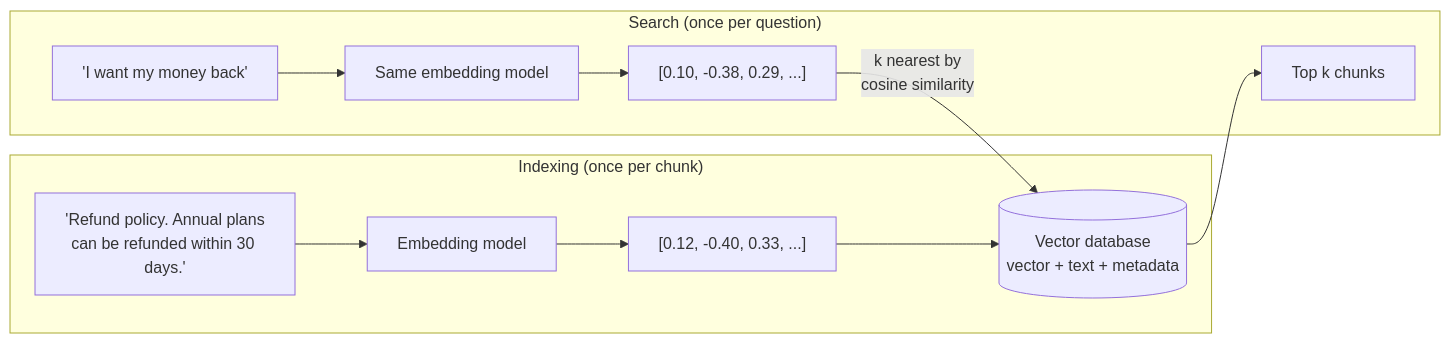
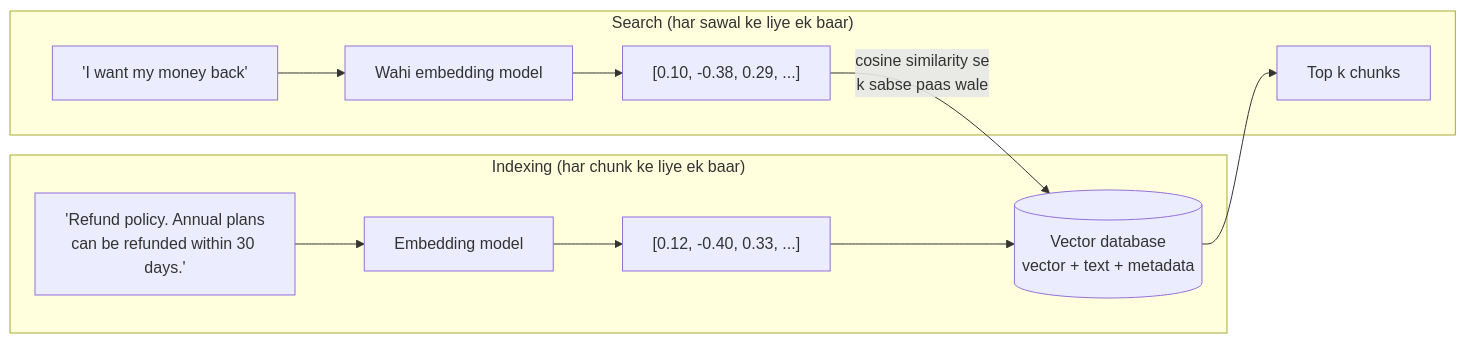
One commit to asmustechno/agentic-ai-notes changed the diagram in docs/06-rag-for-agents/06.2-embeddings-and-vector-databases.md. Above: the diagram before and after it, drawn with Mermaid. The commit also changed other lines of this file and 135 other files, not shown here.

````diff
--- a/docs/06-rag-for-agents/06.2-embeddings-and-vector-databases.md
+++ b/docs/06-rag-for-agents/06.2-embeddings-and-vector-databases.md
@@ -40,14 +42,14 @@
 ```mermaid
 flowchart LR
-    subgraph Index["Indexing (once per chunk)"]
+    subgraph Index["Indexing (har chunk ke liye ek baar)"]
         T1["'Refund policy. Annual plans<br/>can be refunded within 30 days.'"] --> EM1[Embedding model]
         EM1 --> V1["[0.12, -0.40, 0.33, ...]"]
         V1 --> DB[("Vector database<br/>vector + text + metadata")]
     end
-    subgraph Search["Search (once per question)"]
-        Q["'I want my money back'"] --> EM2["Same embedding model"]
+    subgraph Search["Search (har sawal ke liye ek baar)"]
+        Q["'I want my money back'"] --> EM2["Wahi embedding model"]
         EM2 --> QV["[0.10, -0.38, 0.29, ...]"]
-        QV -->|"k nearest by<br/>cosine similarity"| DB
+        QV -->|"cosine similarity se<br/>k sabse paas wale"| DB
         DB --> R["Top k chunks"]
     end
 ```
````
